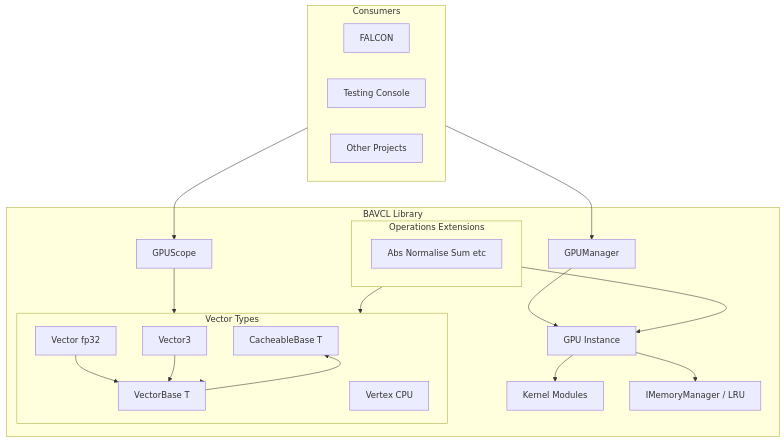
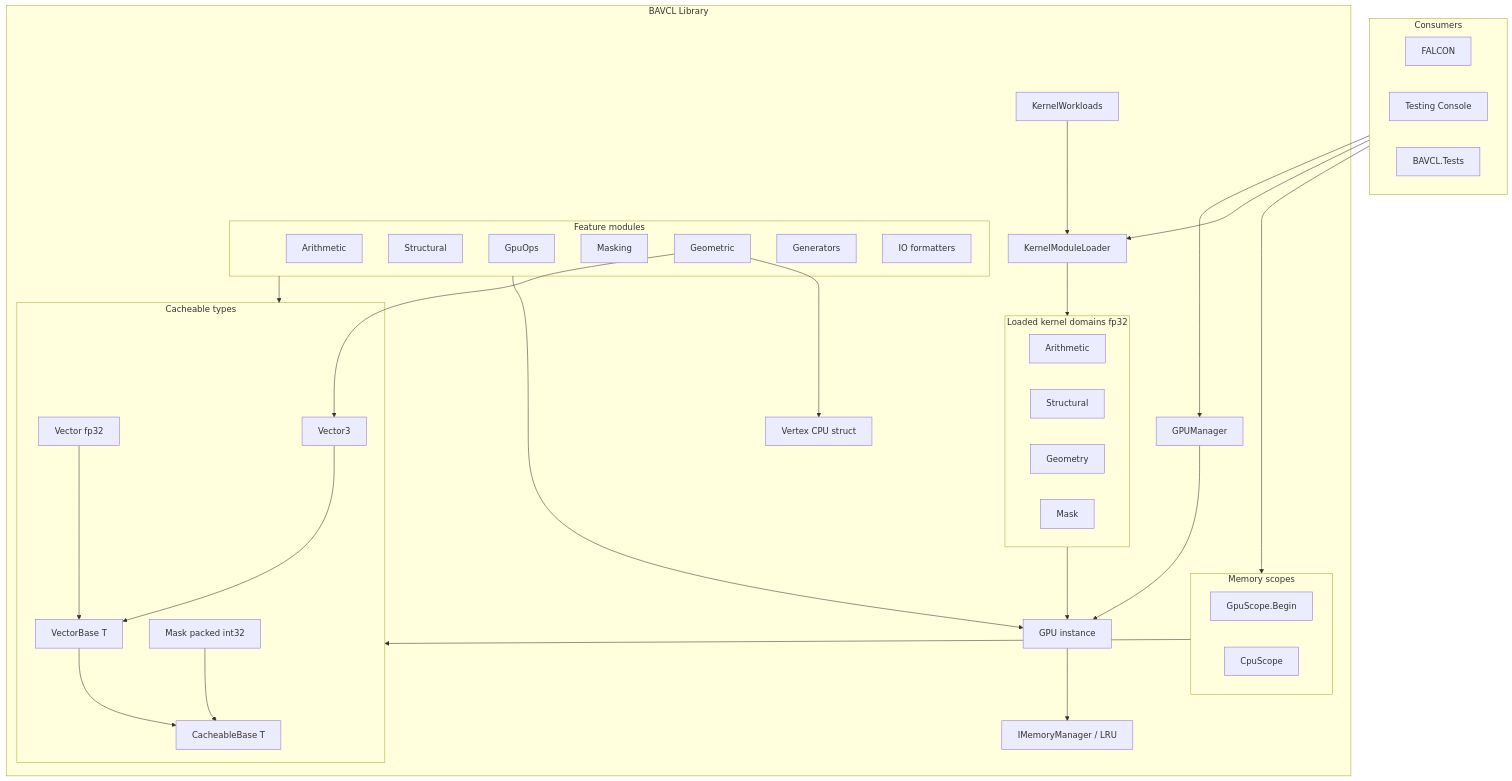
Before and after one commit to MPSQUARK/BAVCL: the first of 6 diagrams in Documentation/BAVCLSpecification.md, drawn with Mermaid. The commit also changed other lines of this file, not shown here.

Commit message:
diagrams updated

````diff
--- a/Documentation/BAVCLSpecification.md
+++ b/Documentation/BAVCLSpecification.md
@@ -164,39 +164,65 @@
 ```mermaid
 flowchart TD
     subgraph consumers [Consumers]
         FALCON[FALCON]
         TC[Testing Console]
-        Other[Other Projects]
+        Tests[BAVCL.Tests]
     end
 
     subgraph bavcl [BAVCL Library]
         GM[GPUManager]
-        GPU[GPU Instance]
-        KM[Kernel Modules]
+        GPU[GPU instance]
+        KML[KernelModuleLoader]
+        KW[KernelWorkloads]
         MM[IMemoryManager / LRU]
-        GS[GPUScope]
-        subgraph types [Vector Types]
+
+        subgraph scopes [Memory scopes]
+            GS[GpuScope.Begin]
+            CS[CpuScope]
+        end
+
+        subgraph types [Cacheable types]
             CB[CacheableBase T]
             VB[VectorBase T]
             V[Vector fp32]
             V3[Vector3]
-            VT[Vertex CPU]
+            M[Mask packed int32]
         end
-        subgraph ops [Operations Extensions]
-            OP[Abs Normalise Sum etc]
+
+        subgraph modules [Feature modules]
+            AR[Arithmetic]
+            ST[Structural]
+            GP[GpuOps]
+            MK[Masking]
+            GE[Geometric]
+            GN[Generators]
+            IO[IO formatters]
         end
+
+        subgraph domains [Loaded kernel domains fp32]
+            KD_AR[Arithmetic]
+            KD_ST[Structural]
+            KD_GE[Geometry]
+            KD_MK[Mask]
+        end
+
+        VT[Vertex CPU struct]
     end
 
     consumers --> GM
     GM --> GPU
-    GPU --> KM
+    consumers --> KML
+    KW --> KML
+    KML --> domains
+    domains --> GPU
     GPU --> MM
-    consumers --> GS
-    GS --> types
-    types --> VB
-    VB --> CB
-    V --> VB
+    consumers --> scopes
+    scopes --> types
+    modules --> types
+    modules --> GPU
+    V --> VB --> CB
     V3 --> VB
-    ops --> types
-    ops --> GPU
+    M --> CB
+    GE --> V3
+    GE --> VT
 ```
````
